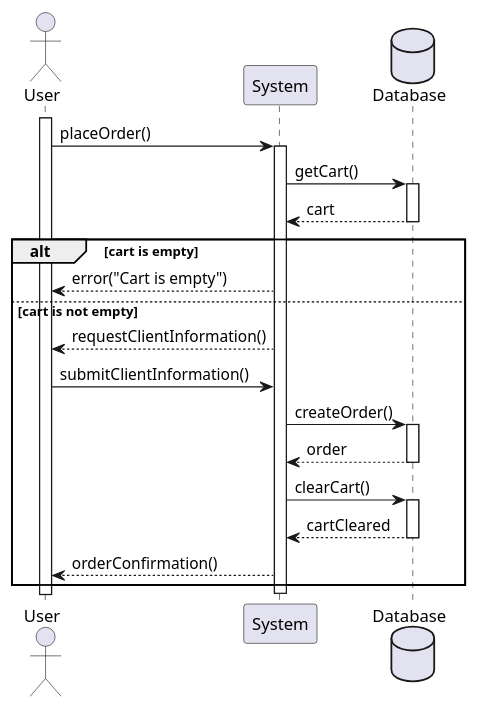
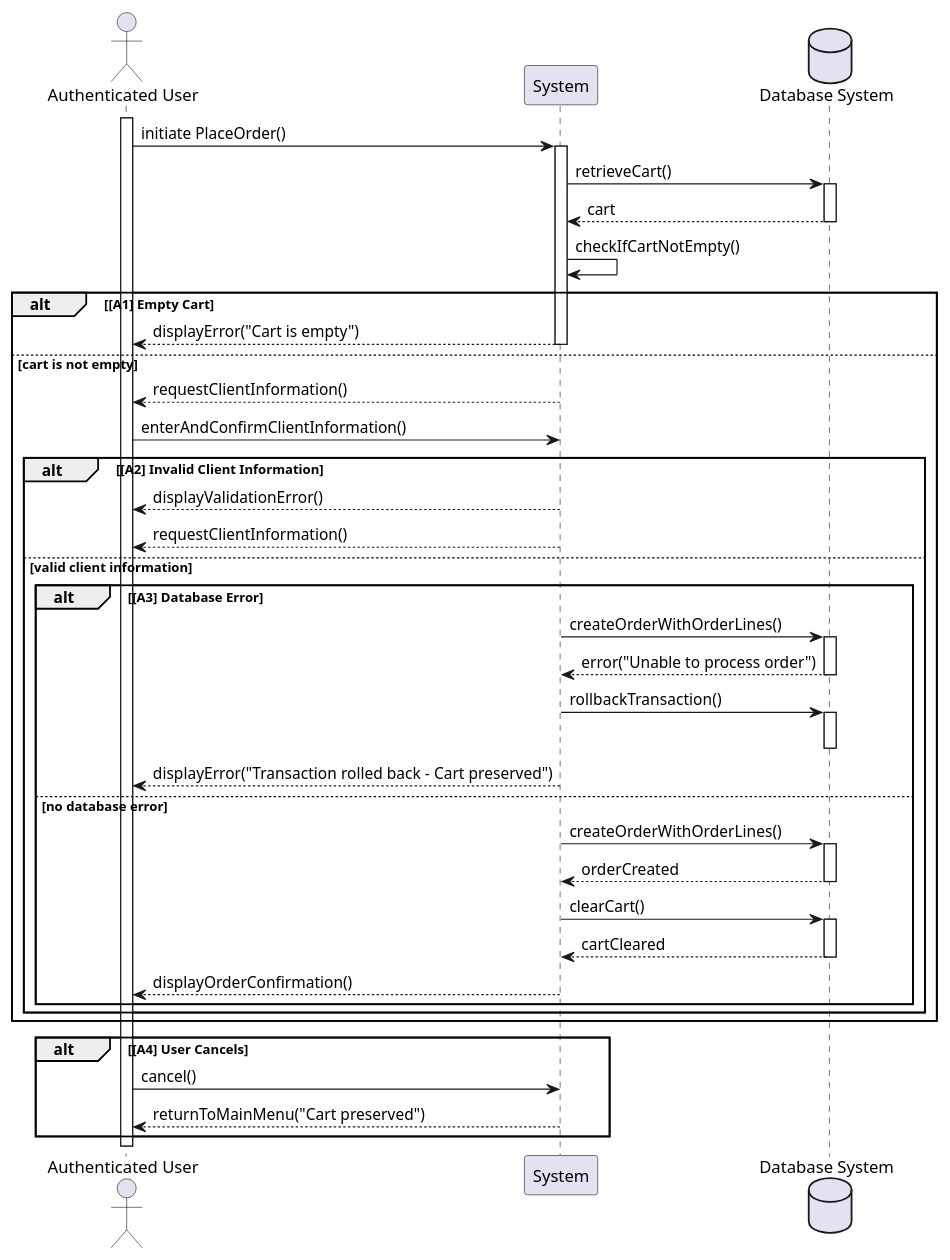
Before and after one commit to john7440/EvaluationJava: the diagram in doc/03-Sequence/1-OrderSequence.puml, drawn with PlantUML. The commit also changed 1 other file, not shown here.

Commit message:
mise a jout du digramme de sequence

```diff
--- a/doc/03-Sequence/1-OrderSequence.puml
+++ b/doc/03-Sequence/1-OrderSequence.puml
@@ -1,36 +1,60 @@
 @startuml
-actor User
+actor "Authenticated User" as User
 participant "System" as Sys
-database "Database" as DB
+database "Database System" as DB
 
 activate User
-User -> Sys : placeOrder()
+User -> Sys : initiate PlaceOrder()
 activate Sys
 
-Sys -> DB : getCart()
+Sys -> DB : retrieveCart()
 activate DB
 DB --> Sys : cart
 deactivate DB
 
-alt cart is empty
-    Sys --> User : error("Cart is empty")
+Sys -> Sys : checkIfCartNotEmpty()
+
+alt [A1] Empty Cart
+    Sys --> User : displayError("Cart is empty")
+    deactivate Sys
 else cart is not empty
     Sys --> User : requestClientInformation()
-    User -> Sys : submitClientInformation()
+    User -> Sys : enterAndConfirmClientInformation()
 
-    Sys -> DB : createOrder()
-    activate DB
-    DB --> Sys : order
-    deactivate DB
+    alt [A2] Invalid Client Information
+        Sys --> User : displayValidationError()
+        Sys --> User : requestClientInformation()
+    else valid client information
+        alt [A3] Database Error
+            Sys -> DB : createOrderWithOrderLines()
+            activate DB
+            DB --> Sys : error("Unable to process order")
+            deactivate DB
+            Sys -> DB : rollbackTransaction()
+            activate DB
+            deactivate DB
+            Sys --> User : displayError("Transaction rolled back - Cart preserved")
+        else no database error
+            Sys -> DB : createOrderWithOrderLines()
+            activate DB
+            DB --> Sys : orderCreated
+            deactivate DB
 
-    Sys -> DB : clearCart()
-    activate DB
-    DB --> Sys : cartCleared
-    deactivate DB
+            Sys -> DB : clearCart()
+            activate DB
+            DB --> Sys : cartCleared
+            deactivate DB
 
-    Sys --> User : orderConfirmation()
+            Sys --> User : displayOrderConfirmation()
+        end
+    end
+end
+
+alt [A4] User Cancels
+    User -> Sys : cancel()
+    Sys --> User : returnToMainMenu("Cart preserved")
 end
 
 deactivate Sys
 
 @enduml
```
